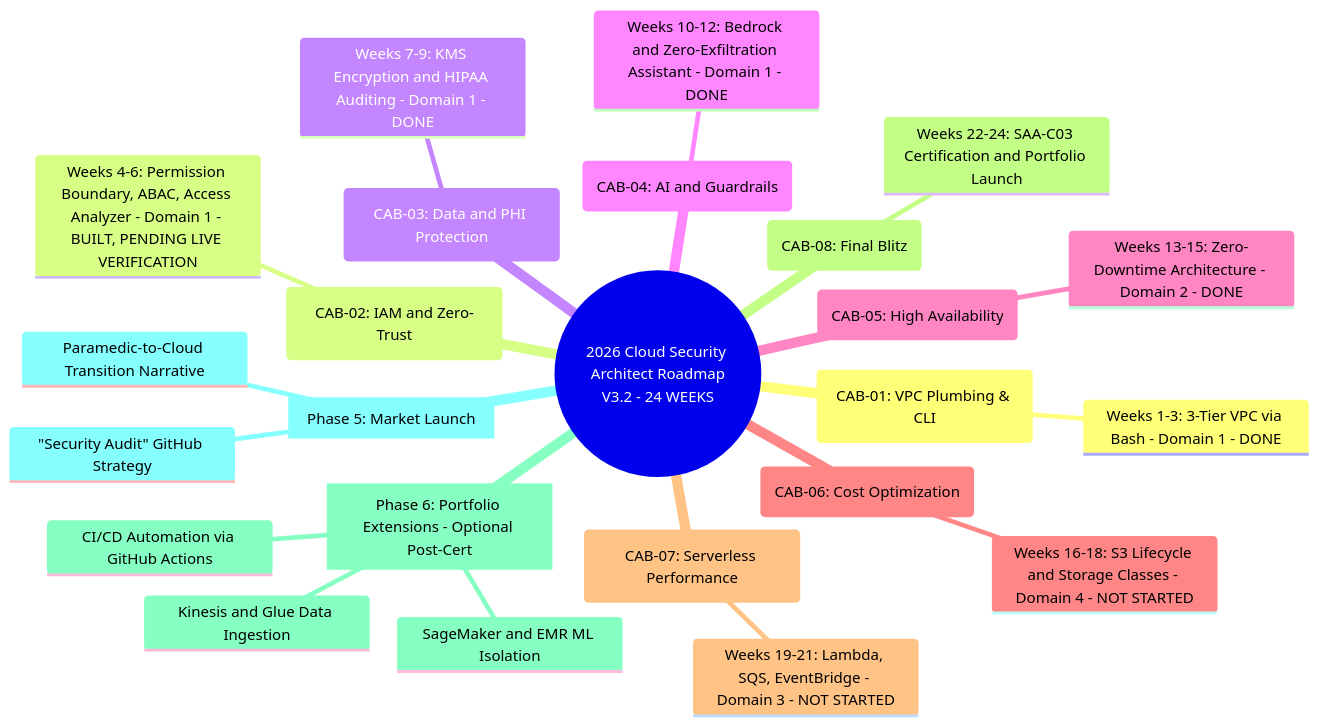
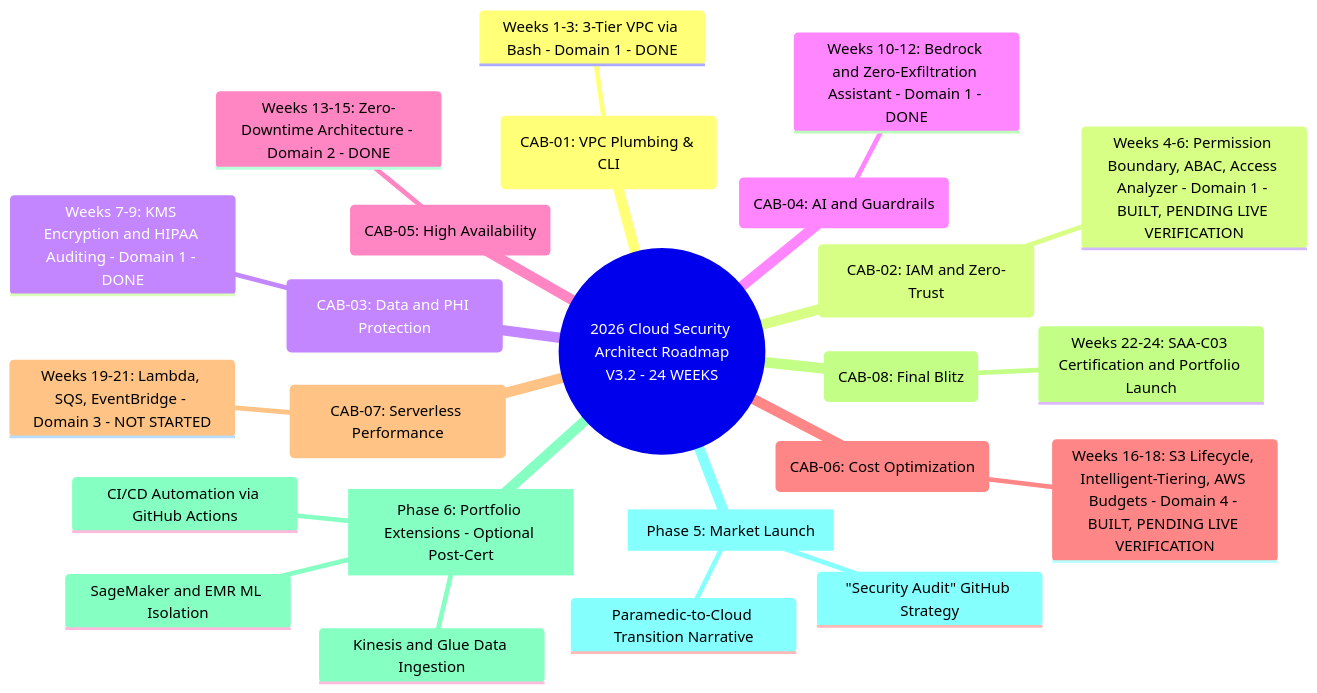
Before and after one commit to 2SMOGss/2026-Cloud-Security-Architect-Roadmap: the diagram in MINDMAP.md, drawn with Mermaid. The commit also changed 13 other files, not shown here.

First line of the commit message:
feat(cab06): scaffold S3 Lifecycle & Cost Optimization lab (Domain 4)

````diff
--- a/MINDMAP.md
+++ b/MINDMAP.md
@@ -1,37 +1,37 @@
 ```mermaid
 mindmap
   root((2026 Cloud Security Architect Roadmap<br/>V3.2 - 24 WEEKS))
     (CAB-01: VPC Plumbing & CLI)
       ::icon(fa fa-terminal)
       Weeks 1-3: 3-Tier VPC via Bash - Domain 1 - DONE
     (CAB-02: IAM and Zero-Trust)
       ::icon(fa fa-shield-halved)
       Weeks 4-6: Permission Boundary, ABAC, Access Analyzer - Domain 1 - BUILT, PENDING LIVE VERIFICATION
     (CAB-03: Data and PHI Protection)
       ::icon(fa fa-lock)
       Weeks 7-9: KMS Encryption and HIPAA Auditing - Domain 1 - DONE
     (CAB-04: AI and Guardrails)
       ::icon(fa fa-robot)
       Weeks 10-12: Bedrock and Zero-Exfiltration Assistant - Domain 1 - DONE
     (CAB-05: High Availability)
       ::icon(fa fa-server)
       Weeks 13-15: Zero-Downtime Architecture - Domain 2 - DONE
     (CAB-06: Cost Optimization)
       ::icon(fa fa-coins)
-      Weeks 16-18: S3 Lifecycle and Storage Classes - Domain 4 - NOT STARTED
+      Weeks 16-18: S3 Lifecycle, Intelligent-Tiering, AWS Budgets - Domain 4 - BUILT, PENDING LIVE VERIFICATION
     (CAB-07: Serverless Performance)
       ::icon(fa fa-bolt)
       Weeks 19-21: Lambda, SQS, EventBridge - Domain 3 - NOT STARTED
     (CAB-08: Final Blitz)
       ::icon(fa fa-certificate)
       Weeks 22-24: SAA-C03 Certification and Portfolio Launch
     [Phase 6: Portfolio Extensions - Optional Post-Cert]
       ::icon(fa fa-puzzle-piece)
       CI/CD Automation via GitHub Actions
       Kinesis and Glue Data Ingestion
       SageMaker and EMR ML Isolation
     [Phase 5: Market Launch]
       ::icon(fa fa-rocket)
       Paramedic-to-Cloud Transition Narrative
       "Security Audit" GitHub Strategy
 ```
````
